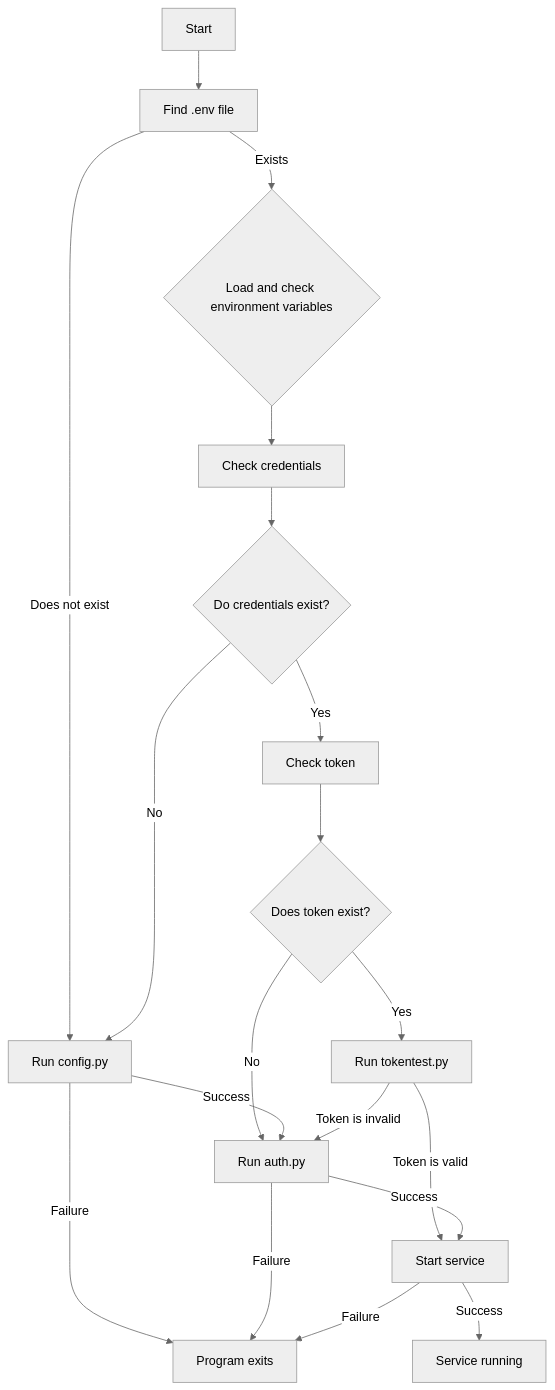
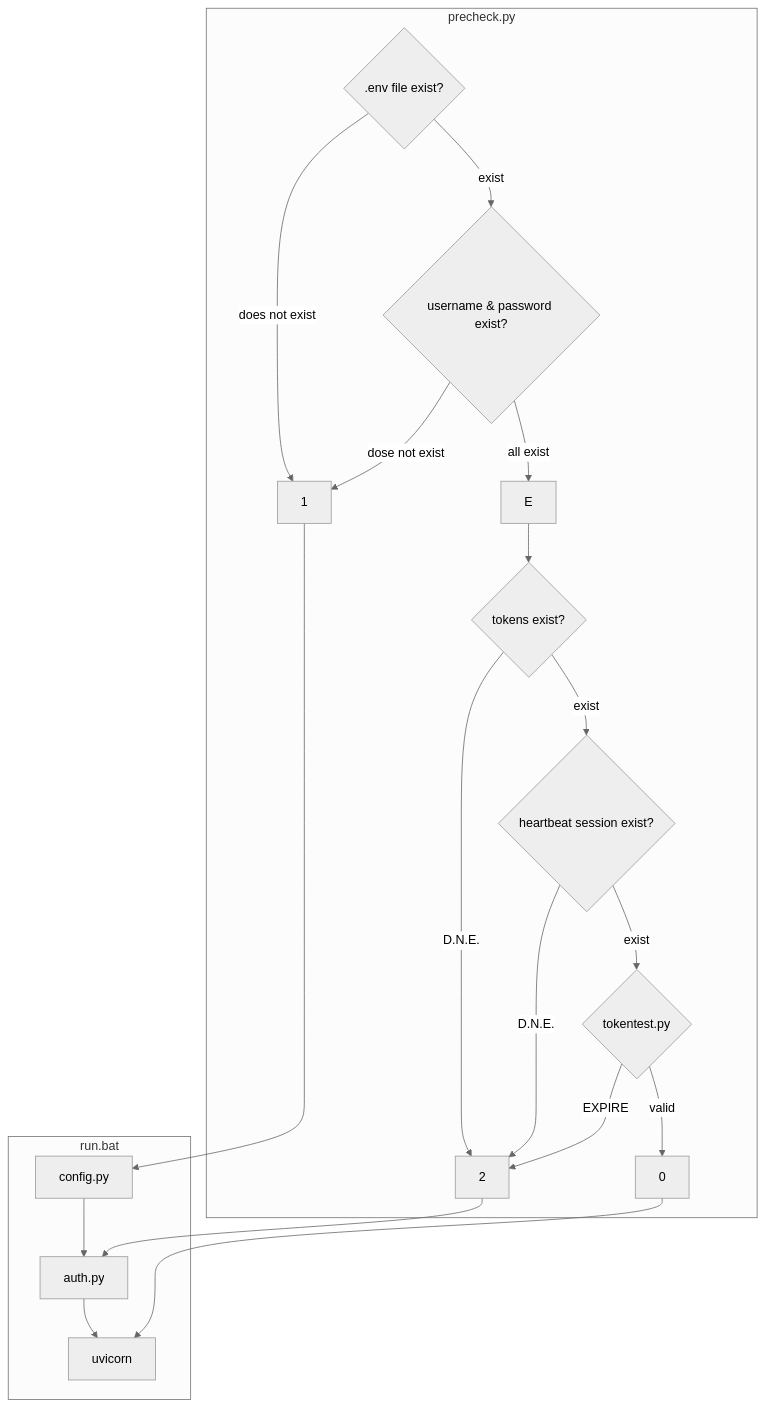
The diagram in README.md (sealeelike/XIPUAI-to-openAI-compatible-API), drawn with Mermaid (neutral theme) before and after one commit.

````diff
--- a/README.md
+++ b/README.md
@@ -97,21 +97,27 @@
 ```mermaid
-flowchart TD
-  Start --> A[Find .env file]
-  A -- Does not exist --> C[Run config.py]
-  A -- Exists --> B{Load and check environment variables}
-  B --> B1
-  B1[Check credentials] --> B2{Do credentials exist?}
-  B2 -- No --> C
-  B2 -- Yes --> B3[Check token]
-  B3 --> B4{Does token exist?}
-  B4 -- No --> D[Run auth.py]
-  B4 -- Yes --> E[Run tokentest.py]
-  C -- Success --> D
-  E -- Token is valid --> F[Start service]
-  E -- Token is invalid --> D
-  D -- Success --> F
-  C -- Failure --> Z[Program exits]
-  D -- Failure --> Z
-  F -- Failure --> Z
-  F -- Success --> H[Service running]
+graph TD
+    subgraph precheck.py
+        A{.env file exist?}
+        A --exist--> D{username & password exist?}
+        A --does not exist--> 1
+
+        D --all exist--> E
+        D --dose not exist--> 1
+
+        E --> F{tokens exist?}
+        F --D.N.E.--> 2
+        F --exist--> H{heartbeat session exist?}
+        H --exist--> I{tokentest.py}
+        H --D.N.E.--> 2
+
+
+        I --EXPIRE--> 2
+        I --valid--> 0
+    end
+    subgraph run.bat
+        1 --> config.py --> auth.py --> uvicorn
+        2 --> auth.py
+        0 --> uvicorn
+    end
+
 ```
````
